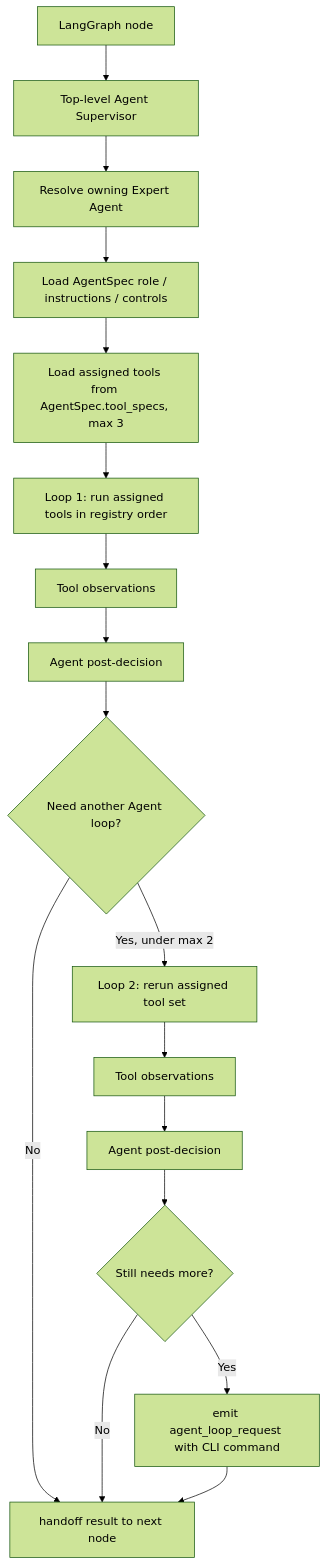
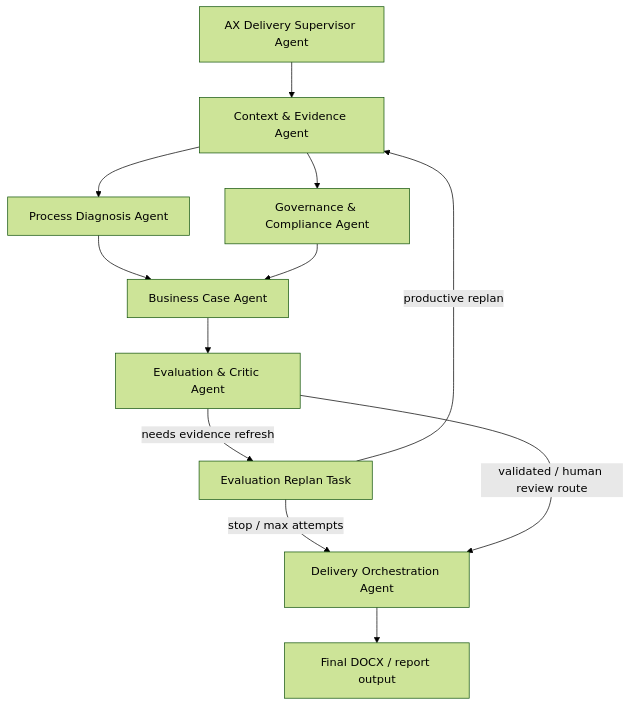
Before and after one commit to ohjaesik/AI_Agent: the diagram in docs/AGENT_SUPERVISOR_LOOP.md, drawn with Mermaid (forest theme). The commit also changed other lines of this file, not shown here.

Commit message:
docs: update workflow to agent-stage handoff flow

````diff
--- a/docs/AGENT_SUPERVISOR_LOOP.md
+++ b/docs/AGENT_SUPERVISOR_LOOP.md
@@ -19,19 +9,14 @@
 ```mermaid
 flowchart TD
-    N[LangGraph node] --> S[Top-level Agent Supervisor]
-    S --> A[Resolve owning Expert Agent]
-    A --> R[Load AgentSpec role / instructions / controls]
-    R --> T[Load assigned tools from AgentSpec.tool_specs, max 3]
-    T --> L1[Loop 1: run assigned tools in registry order]
-    L1 --> O1[Tool observations]
-    O1 --> D1[Agent post-decision]
-    D1 --> C{Need another Agent loop?}
-    C -->|Yes, under max 2| L2[Loop 2: rerun assigned tool set]
-    C -->|No| OUT[handoff result to next node]
-    L2 --> O2[Tool observations]
-    O2 --> D2[Agent post-decision]
-    D2 --> M{Still needs more?}
-    M -->|Yes| Q[emit agent_loop_request with CLI command]
-    M -->|No| OUT
-    Q --> OUT
+    S[AX Delivery Supervisor Agent] --> C[Context & Evidence Agent]
+    C --> P[Process Diagnosis Agent]
+    C --> G[Governance & Compliance Agent]
+    P --> B[Business Case Agent]
+    G --> B
+    B --> E[Evaluation & Critic Agent]
+    E -->|needs evidence refresh| R[Evaluation Replan Task]
+    R -->|productive replan| C
+    R -->|stop / max attempts| D[Delivery Orchestration Agent]
+    E -->|validated / human review route| D
+    D --> O[Final DOCX / report output]
 ```
````
